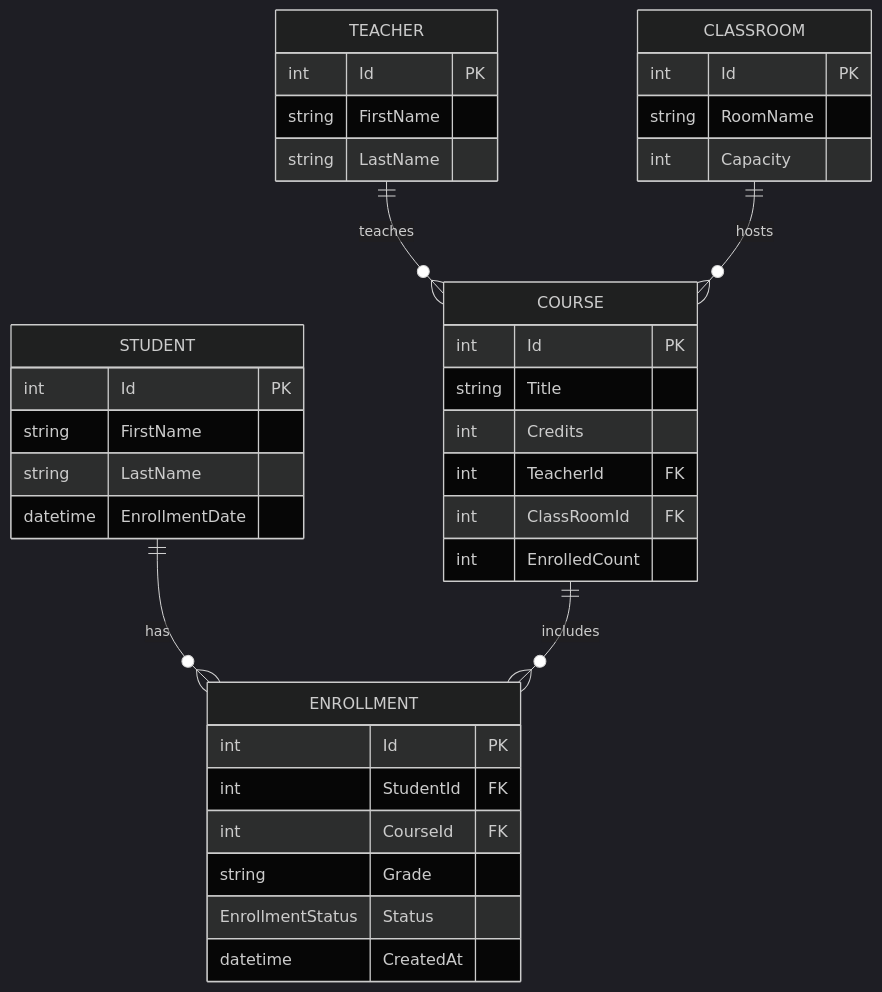
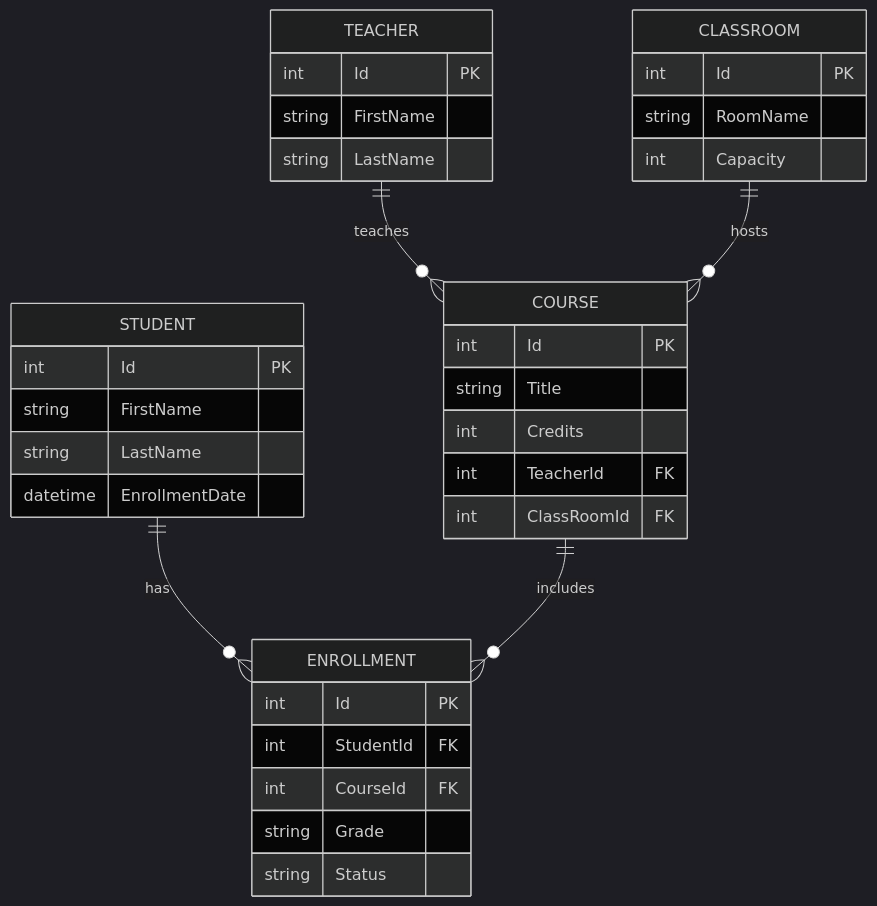
One commit to docsi01/UniManager changed the diagram in README.md. Above: the diagram before and after it, drawn with Mermaid (dark theme). The commit also changed other lines of this file and 36 other files, not shown here.

````diff
--- a/README.md
+++ b/README.md
@@ -41,41 +41,38 @@
 ```mermaid
 erDiagram
-	%% EnrollmentStatus values: Enrolled, Waitlisted, Dropped, Completed
 	STUDENT ||--o{ ENROLLMENT : has
 	COURSE ||--o{ ENROLLMENT : includes
 	TEACHER ||--o{ COURSE : teaches
 	CLASSROOM ||--o{ COURSE : hosts
 
 	STUDENT {
 		int Id PK
 		string FirstName
 		string LastName
 		datetime EnrollmentDate
 	}
 	ENROLLMENT {
 		int Id PK
 		int StudentId FK
 		int CourseId FK
 		string Grade
-		EnrollmentStatus Status
-		datetime CreatedAt
+		string Status
 	}
 	COURSE {
 		int Id PK
 		string Title
 		int Credits
 		int TeacherId FK
 		int ClassRoomId FK
-		int EnrolledCount
 	}
 	TEACHER {
 		int Id PK
 		string FirstName
 		string LastName
 	}
 	CLASSROOM {
 		int Id PK
 		string RoomName
 		int Capacity
 	}
 ```
````
